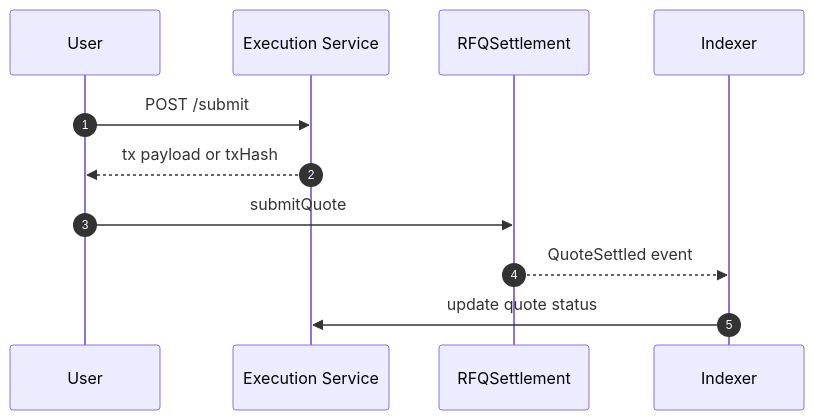
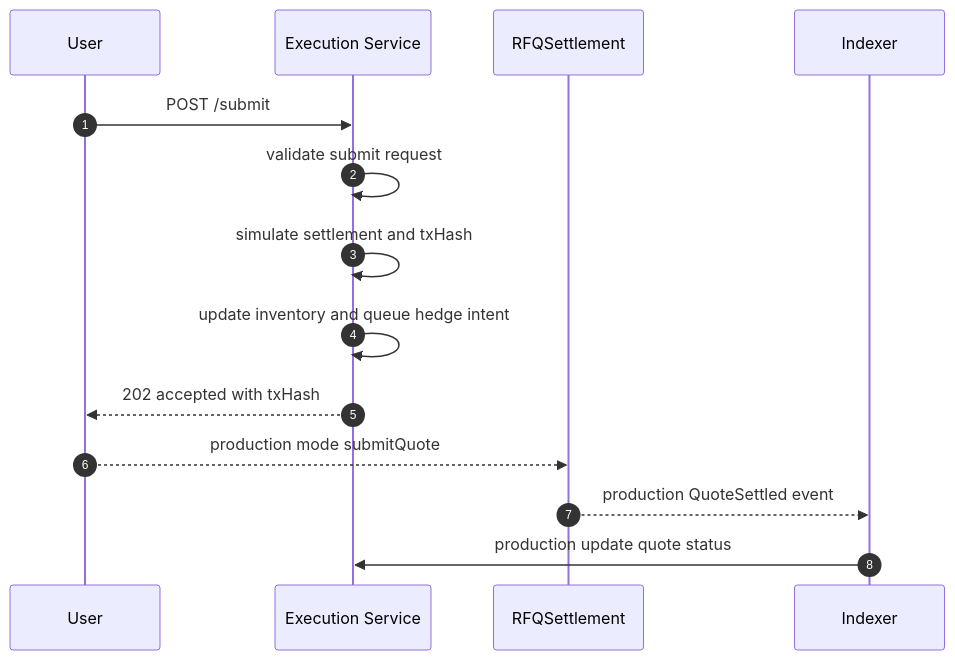
Before and after one commit to alvis-ai/production-grade-web3-rfq-market-maker: the second of 3 diagrams in book/Volume5-BackendEngineering/Chapter06-Execution-Service.md, drawn with Mermaid. The commit also changed other lines of this file and 7 other files, not shown here.

Commit message:
feat: close backend submit inventory hedge loop

````diff
--- a/book/Volume5-BackendEngineering/Chapter06-Execution-Service.md
+++ b/book/Volume5-BackendEngineering/Chapter06-Execution-Service.md
@@ -71,14 +77,17 @@
 ```mermaid
 sequenceDiagram
   autonumber
   participant U as User
   participant E as Execution Service
   participant C as RFQSettlement
   participant I as Indexer
 
   U->>E: POST /submit
-  E-->>U: tx payload or txHash
-  U->>C: submitQuote
-  C-->>I: QuoteSettled event
-  I->>E: update quote status
+  E->>E: validate submit request
+  E->>E: simulate settlement and txHash
+  E->>E: update inventory and queue hedge intent
+  E-->>U: 202 accepted with txHash
+  U-->>C: production mode submitQuote
+  C-->>I: production QuoteSettled event
+  I->>E: production update quote status
 ```
````
